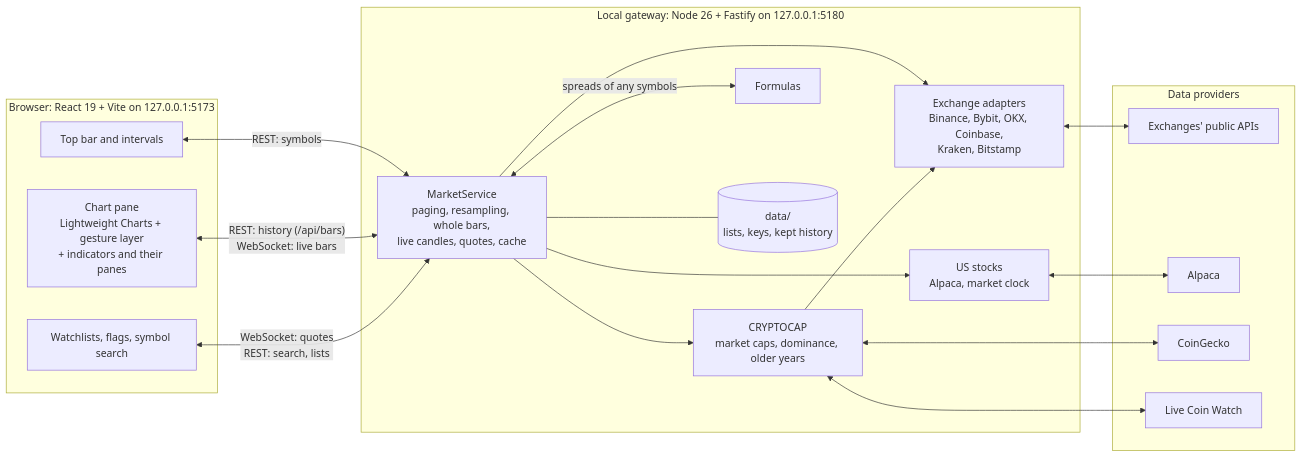
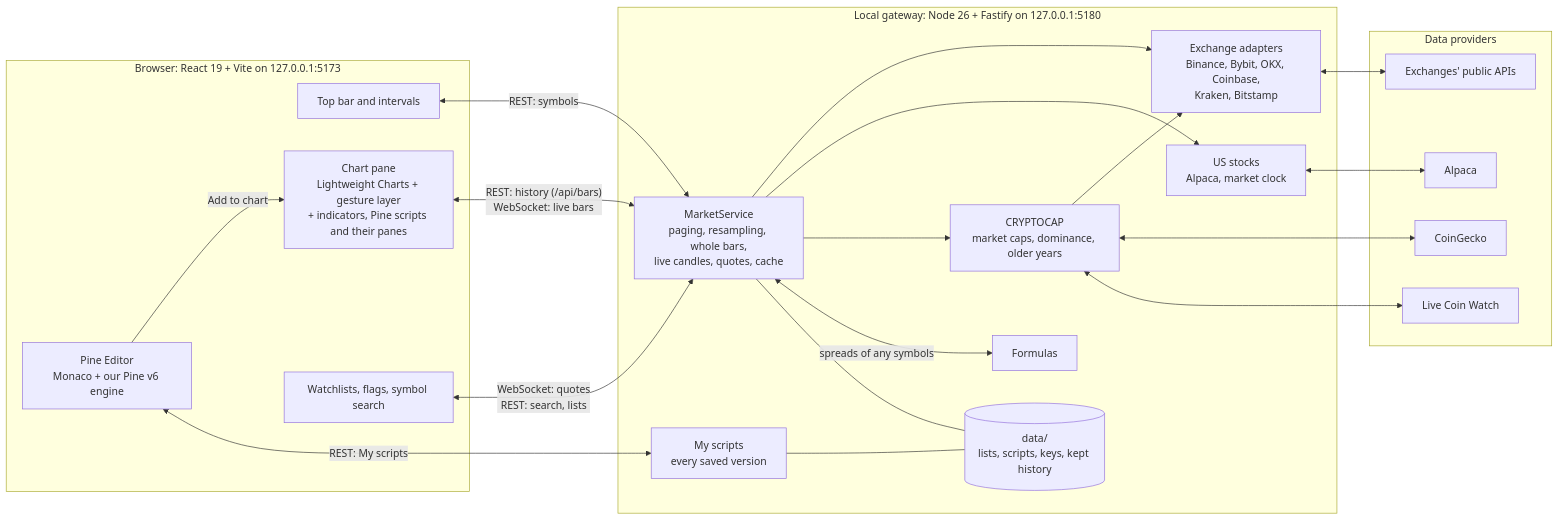
One commit to iamdebasis/TradingNERD changed the first of 6 diagrams in README.md. Above: the diagram before and after it, drawn with Mermaid. The commit also changed other lines of this file and 88 other files, not shown here.

````diff
--- a/README.md
+++ b/README.md
@@ -45,35 +46,40 @@
 ```mermaid
 flowchart LR
   subgraph Browser["Browser: React 19 + Vite on 127.0.0.1:5173"]
     TB["Top bar and intervals"]
-    CH["Chart pane<br/>Lightweight Charts + gesture layer<br/>+ indicators and their panes"]
+    CH["Chart pane<br/>Lightweight Charts + gesture layer<br/>+ indicators, Pine scripts and their panes"]
     WL["Watchlists, flags, symbol search"]
+    PE["Pine Editor<br/>Monaco + our Pine v6 engine"]
   end
   subgraph Gateway["Local gateway: Node 26 + Fastify on 127.0.0.1:5180"]
     MS["MarketService<br/>paging, resampling, whole bars,<br/>live candles, quotes, cache"]
     AD["Exchange adapters<br/>Binance, Bybit, OKX, Coinbase,<br/>Kraken, Bitstamp"]
     US["US stocks<br/>Alpaca, market clock"]
     CC["CRYPTOCAP<br/>market caps, dominance, older years"]
     FX["Formulas"]
-    ST[("data/<br/>lists, keys, kept history")]
+    SC["My scripts<br/>every saved version"]
+    ST[("data/<br/>lists, scripts, keys, kept history")]
   end
   subgraph Providers["Data providers"]
     EX["Exchanges' public APIs"]
     AL["Alpaca"]
     CG["CoinGecko"]
     LW["Live Coin Watch"]
   end
   TB <-->|"REST: symbols"| MS
   CH <-->|"REST: history (/api/bars)<br/>WebSocket: live bars"| MS
   WL <-->|"WebSocket: quotes<br/>REST: search, lists"| MS
   MS --> AD
   MS --> US
   MS --> CC
   MS <-->|"spreads of any symbols"| FX
   CC --> AD
   AD <--> EX
   US <--> AL
   CC <--> CG
   CC <--> LW
+  PE -->|"Add to chart"| CH
+  PE <-->|"REST: My scripts"| SC
   MS --- ST
+  SC --- ST
 ```
````
